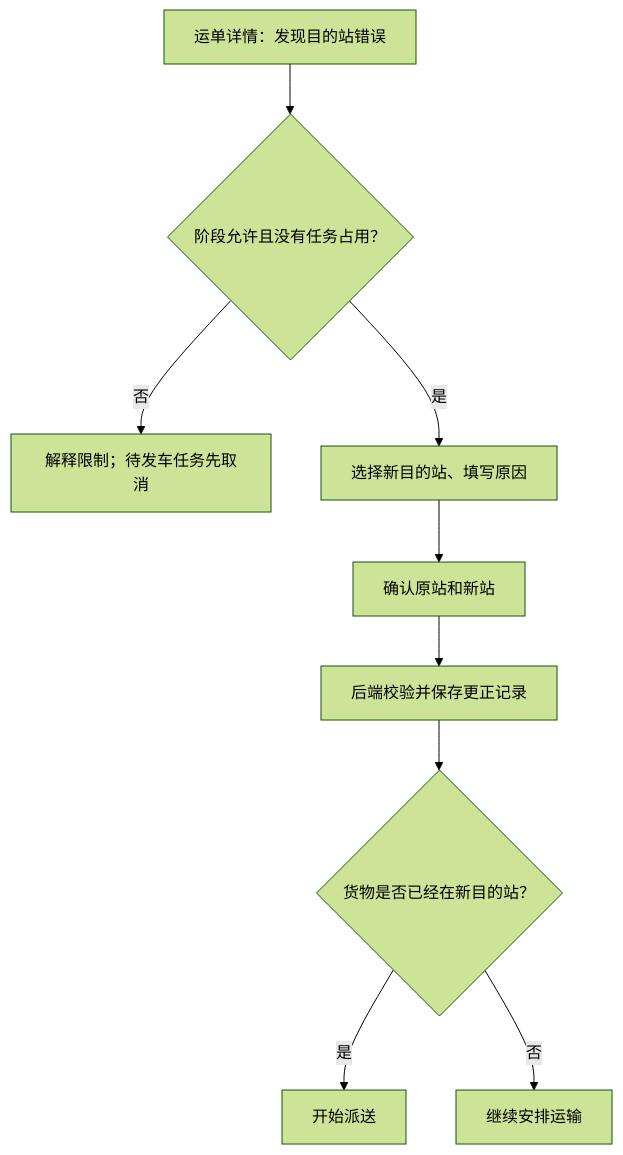
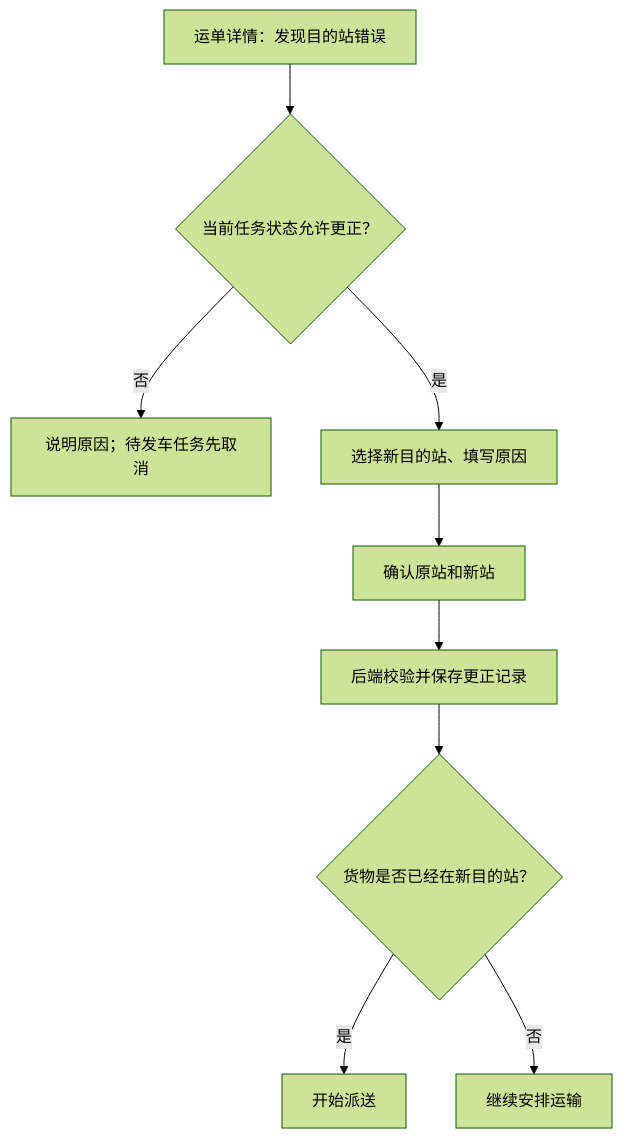
One commit to NikFranki/jingpo-logistics-system changed the diagram in docs/prd/v5/JINGPO-logistics-system-v5.md. Above: the diagram before and after it, drawn with Mermaid (forest theme). The commit also changed other lines of this file and 20 other files, not shown here.

````diff
--- a/docs/prd/v5/JINGPO-logistics-system-v5.md
+++ b/docs/prd/v5/JINGPO-logistics-system-v5.md
@@ -9,11 +9,11 @@
 ```mermaid
 flowchart TD
-    A[运单详情：发现目的站错误] --> B{阶段允许且没有任务占用？}
-    B -->|否| C[解释限制；待发车任务先取消]
+    A[运单详情：发现目的站错误] --> B{当前任务状态允许更正？}
+    B -->|否| C[说明原因；待发车任务先取消]
     B -->|是| D[选择新目的站、填写原因]
     D --> E[确认原站和新站]
     E --> F[后端校验并保存更正记录]
     F --> G{货物是否已经在新目的站？}
     G -->|是| H[开始派送]
     G -->|否| I[继续安排运输]
 ```
````
